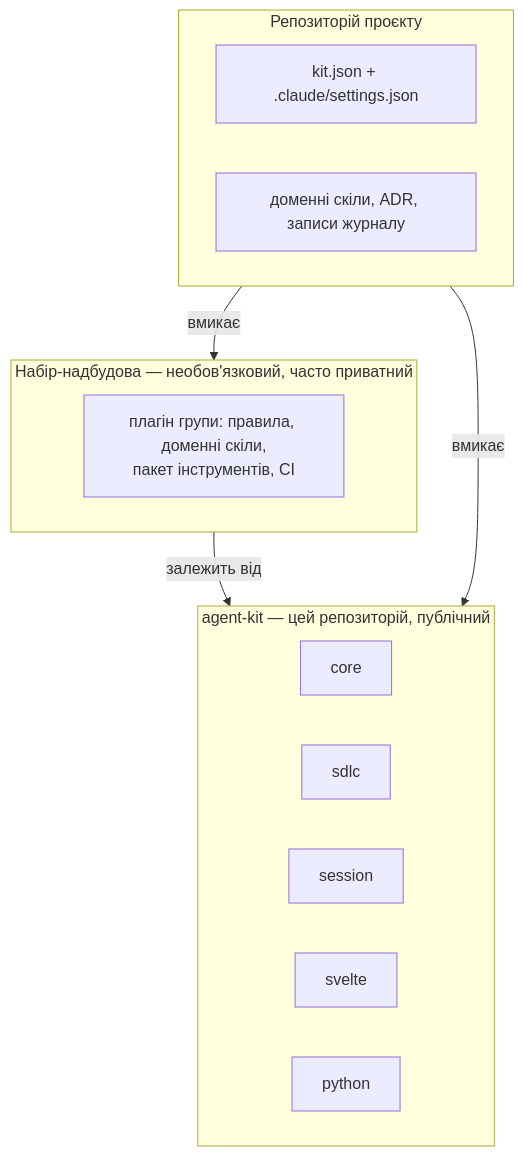
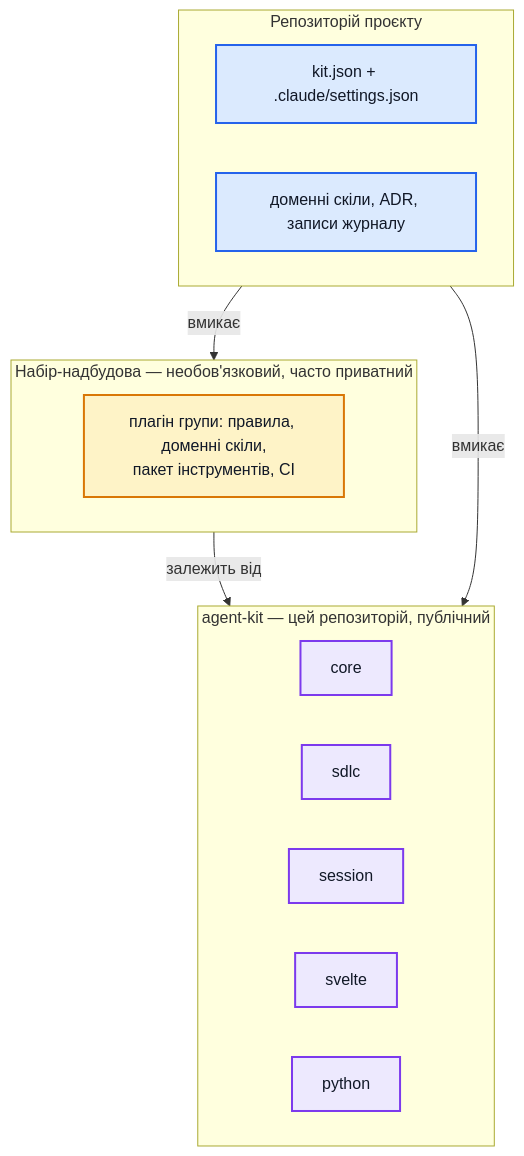
One commit to 3meyc/agent-kit changed the diagram in README.uk.md. Above: the diagram before and after it, drawn with Mermaid. The commit also changed other lines of this file and 16 other files, not shown here.

First line of the commit message:
docs: colour every diagram, start the evolution pages, retire the design banner

````diff
--- a/README.uk.md
+++ b/README.uk.md
@@ -14,20 +14,27 @@
 ```mermaid
 flowchart TB
   subgraph base["agent-kit — цей репозиторій, публічний"]
     core
     sdlc
     session
     svelte
     python
   end
   subgraph overlay["Набір-надбудова — необов'язковий, часто приватний"]
     org["плагін групи: правила, доменні скіли,<br/>пакет інструментів, CI"]
   end
   subgraph project["Репозиторій проєкту"]
     manifest["kit.json + .claude/settings.json"]
     own["доменні скіли, ADR, записи журналу"]
   end
   overlay -- залежить від --> base
   project -- вмикає --> base
   project -- вмикає --> overlay
+
+  classDef kit fill:#ede9fe,stroke:#7c3aed,stroke-width:2px,color:#111827
+  classDef over fill:#fef3c7,stroke:#d97706,stroke-width:2px,color:#111827
+  classDef proj fill:#dbeafe,stroke:#2563eb,stroke-width:2px,color:#111827
+  class core,sdlc,session,svelte,python kit
+  class org over
+  class manifest,own proj
 ```
````
